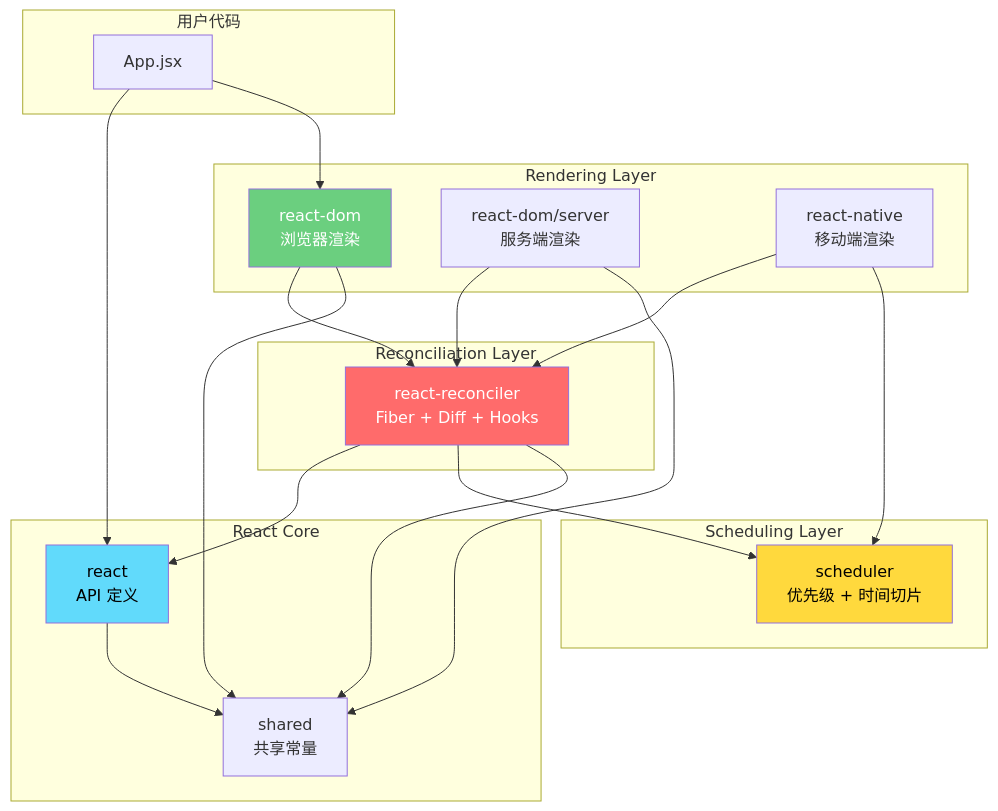
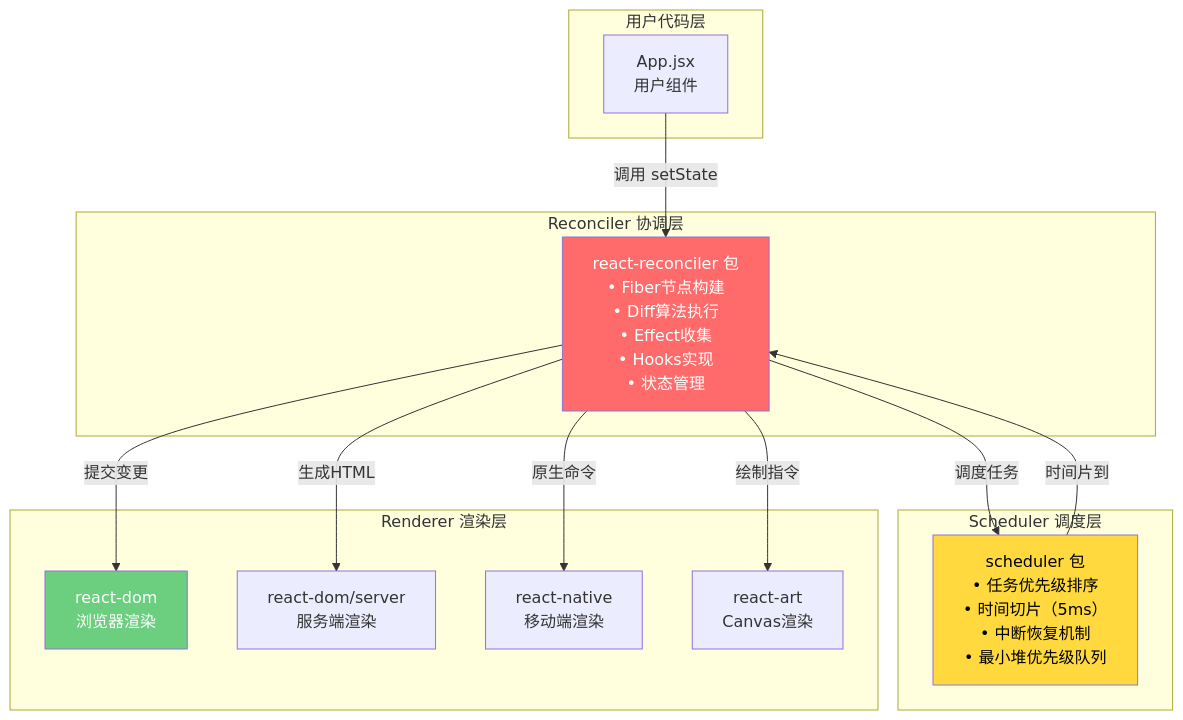
Before and after one commit to chengj-code/frontend-knowledge: the first of 6 diagrams in 源码分析/React/basics/React-源码解读-Guide.md, drawn with Mermaid. The commit also changed other lines of this file and 1 other file, not shown here.

````diff
--- a/源码分析/React/basics/React-源码解读-Guide.md
+++ b/源码分析/React/basics/React-源码解读-Guide.md
@@ -363,45 +226,33 @@
 ```mermaid
 graph TB
-    subgraph "用户代码"
-        App[App.jsx]
+    subgraph "用户代码层"
+        App[App.jsx<br/>用户组件]
     end
     
-    subgraph "React Core"
-        React[react<br/>API 定义]
-        Shared[shared<br/>共享常量]
+    subgraph "Scheduler 调度层"
+        Sch[scheduler 包<br/>• 任务优先级排序<br/>• 时间切片（5ms）<br/>• 中断恢复机制<br/>• 最小堆优先级队列]
     end
     
-    subgraph "Reconciliation Layer"
-        Reconciler[react-reconciler<br/>Fiber + Diff + Hooks]
+    subgraph "Reconciler 协调层"
+        Rec[react-reconciler 包<br/>• Fiber节点构建<br/>• Diff算法执行<br/>• Effect收集<br/>• Hooks实现<br/>• 状态管理]
     end
     
-    subgraph "Scheduling Layer"
-        Scheduler[scheduler<br/>优先级 + 时间切片]
+    subgraph "Renderer 渲染层"
+        Dom[react-dom<br/>浏览器渲染]
+        SSR[react-dom/server<br/>服务端渲染]
+        RN[react-native<br/>移动端渲染]
+        Art[react-art<br/>Canvas渲染]
     end
     
-    subgraph "Rendering Layer"
-        ReactDOM[react-dom<br/>浏览器渲染]
-        ReactDOMServer[react-dom/server<br/>服务端渲染]
-        ReactNative[react-native<br/>移动端渲染]
-    end
+    App -->|"调用 setState"| Rec
+    Rec -->|"调度任务"| Sch
+    Sch -->|"时间片到"| Rec
+    Rec -->|"提交变更"| Dom
+    Rec -->|"生成HTML"| SSR
+    Rec -->|"原生命令"| RN
+    Rec -->|"绘制指令"| Art
     
-    App --> React
-    App --> ReactDOM
-    
-    React --> Shared
-    Reconciler --> React
-    Reconciler --> Scheduler
-    Reconciler --> Shared
-    
-    ReactDOM --> Reconciler
-    ReactDOM --> Shared
-    ReactDOMServer --> Reconciler
-    ReactDOMServer --> Shared
-    ReactNative --> Reconciler
-    ReactNative --> Scheduler
-    
-    style React fill:#61dafb,color:#000
-    style Reconciler fill:#ff6b6b,color:#fff
-    style Scheduler fill:#ffd93d,color:#000
-    style ReactDOM fill:#6bcf7f,color:#fff
+    style Sch fill:#ffd93d,color:#000
+    style Rec fill:#ff6b6b,color:#fff
+    style Dom fill:#6bcf7f,color:#fff
 ```
````
